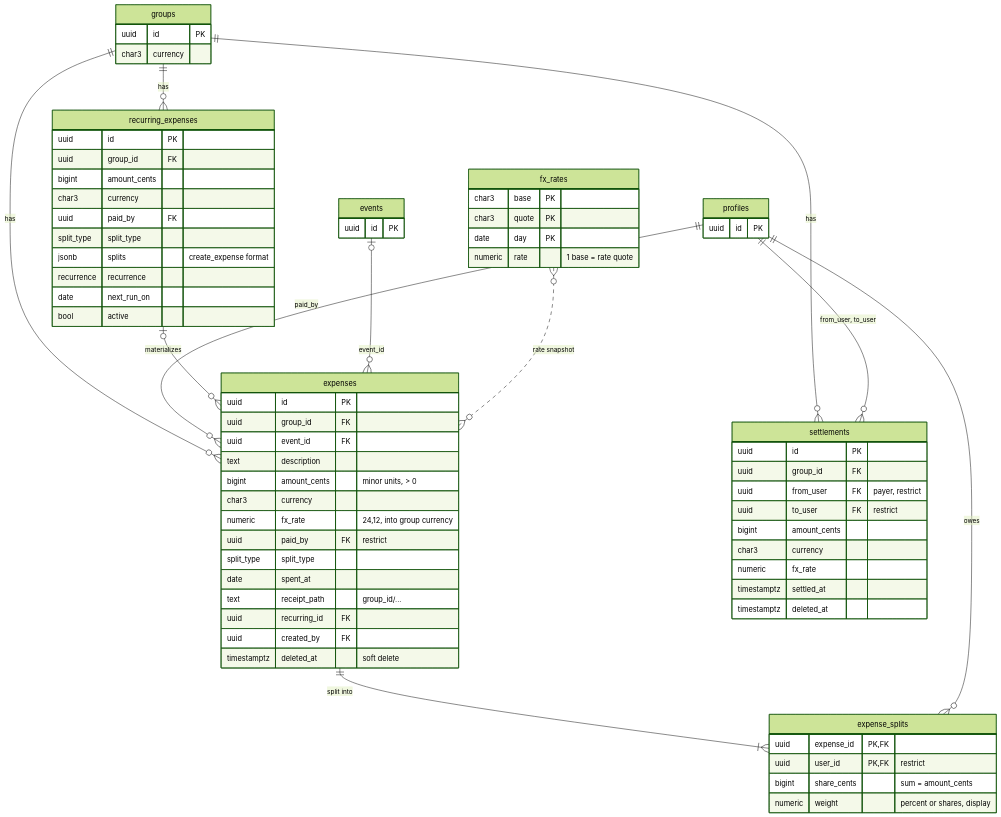
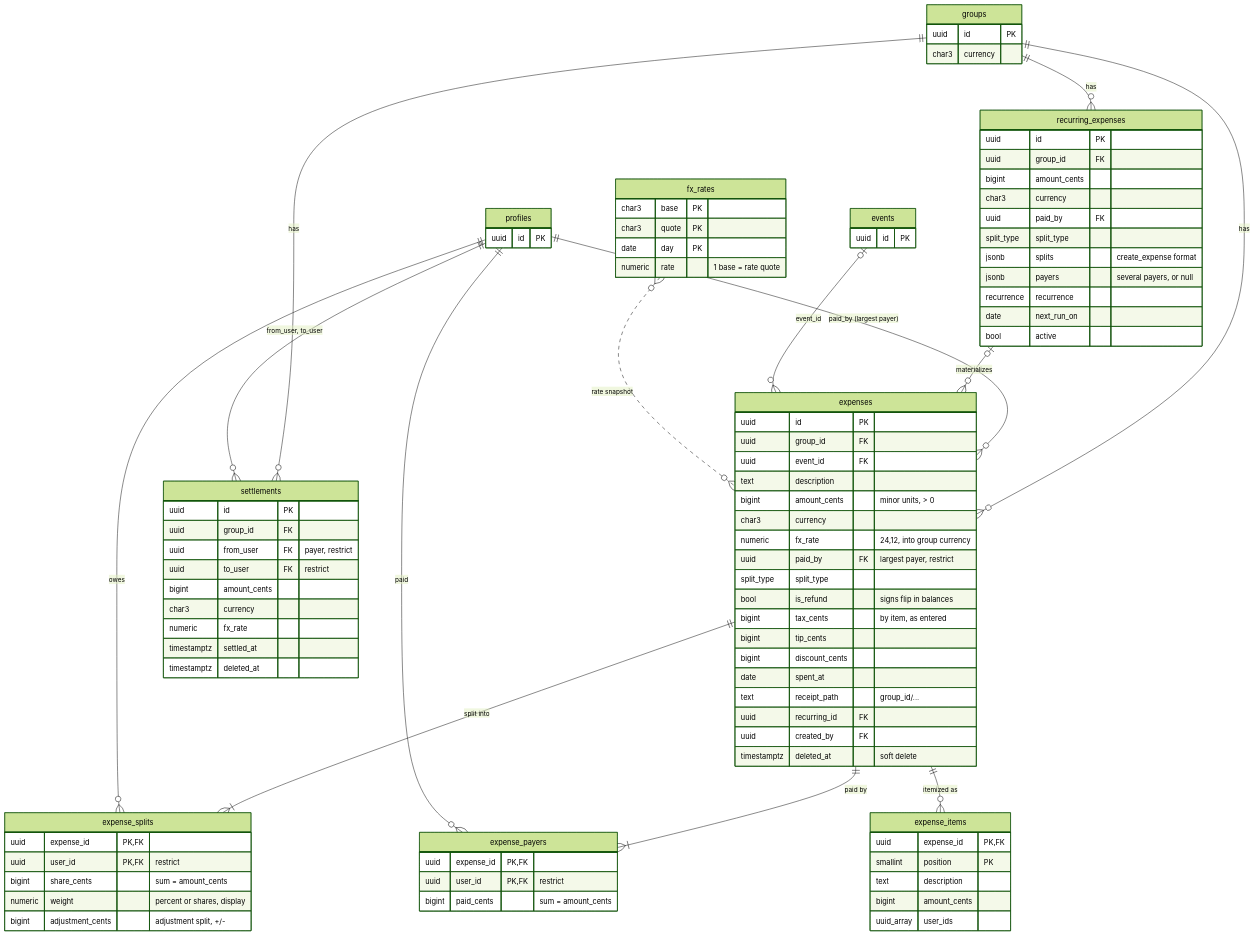
Before and after one commit to Fermulate/potluck: the fifth of 6 diagrams in docs/architecture.md, drawn with Mermaid (forest theme). The commit also changed other lines of this file and 11 other files, not shown here.

Commit message:
docs: adr 12, expense entry in architecture, sequences and the parity matrix

```diff
--- a/docs/architecture.md
+++ b/docs/architecture.md
@@ -214,8 +214,11 @@
   groups ||--o{ settlements : has
   groups ||--o{ recurring_expenses : has
   expenses ||--|{ expense_splits : "split into"
+  expenses ||--|{ expense_payers : "paid by"
+  expenses ||--o{ expense_items : "itemized as"
   profiles ||--o{ expense_splits : owes
-  profiles ||--o{ expenses : "paid_by"
+  profiles ||--o{ expense_payers : paid
+  profiles ||--o{ expenses : "paid_by (largest payer)"
   profiles ||--o{ settlements : "from_user, to_user"
   recurring_expenses |o--o{ expenses : materializes
   events |o--o{ expenses : "event_id"
@@ -239,8 +242,12 @@
     bigint amount_cents "minor units, > 0"
     char3 currency
     numeric fx_rate "24,12, into group currency"
-    uuid paid_by FK "restrict"
+    uuid paid_by FK "largest payer, restrict"
     split_type split_type
+    bool is_refund "signs flip in balances"
+    bigint tax_cents "by item, as entered"
+    bigint tip_cents
+    bigint discount_cents
     date spent_at
     text receipt_path "group_id/..."
     uuid recurring_id FK
@@ -252,6 +259,19 @@
     uuid user_id PK, FK "restrict"
     bigint share_cents "sum = amount_cents"
     numeric weight "percent or shares, display"
+    bigint adjustment_cents "adjustment split, +/-"
+  }
+  expense_payers {
+    uuid expense_id PK, FK
+    uuid user_id PK, FK "restrict"
+    bigint paid_cents "sum = amount_cents"
+  }
+  expense_items {
+    uuid expense_id PK, FK
+    smallint position PK
+    text description
+    bigint amount_cents
+    uuid_array user_ids
   }
   recurring_expenses {
     uuid id PK
@@ -261,6 +281,7 @@
     uuid paid_by FK
     split_type split_type
     jsonb splits "create_expense format"
+    jsonb payers "several payers, or null"
     recurrence recurrence
     date next_run_on
     bool active
```
